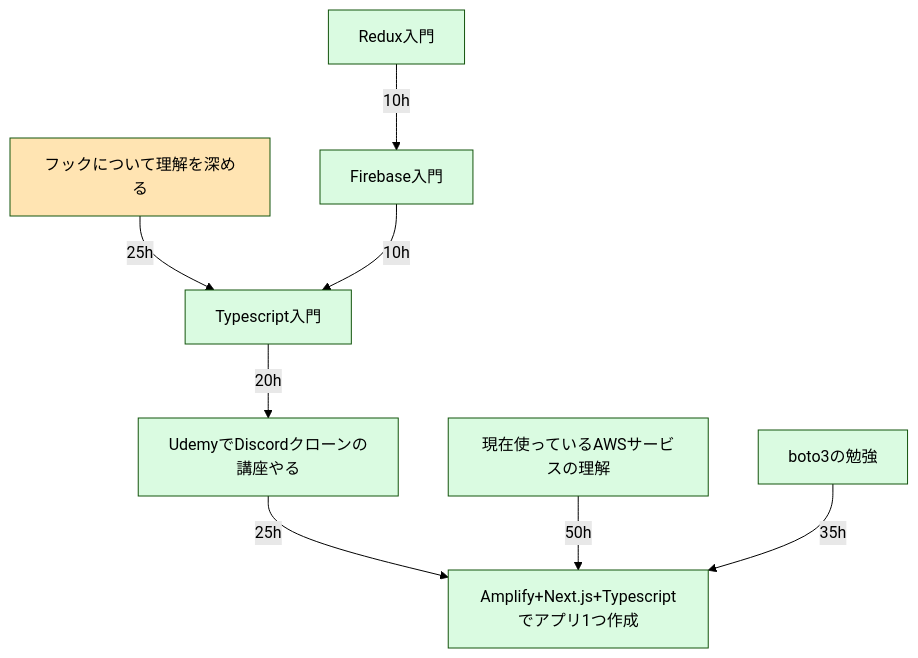
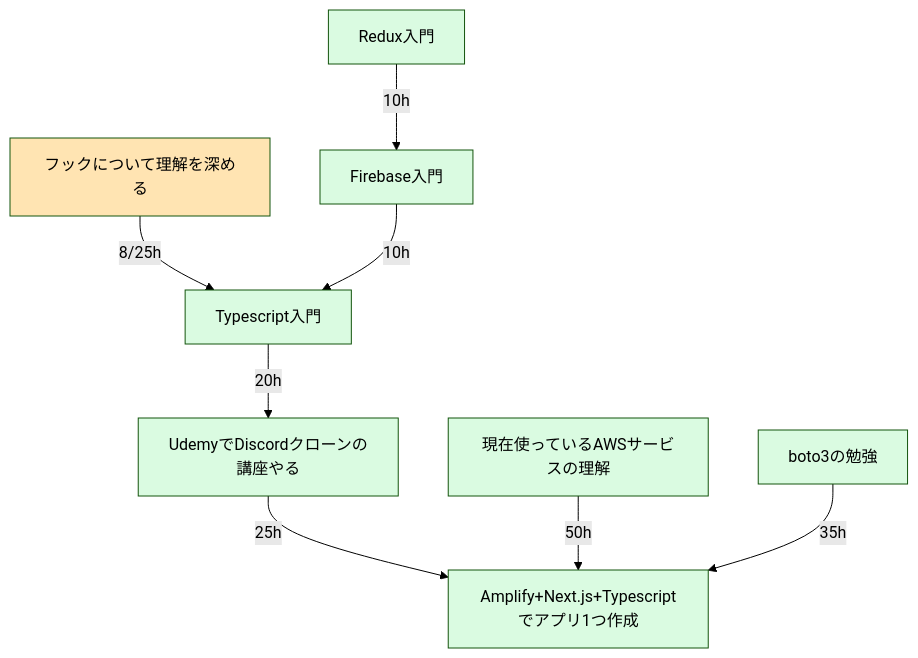
One commit to Toraneko0101/My_learning changed the third of 4 diagrams in tools/learning_path.md. Above: the diagram before and after it, drawn with Mermaid (forest theme). The commit also changed other lines of this file, not shown here.

````diff
--- a/tools/learning_path.md
+++ b/tools/learning_path.md
@@ -64,10 +64,10 @@
 ```mermaid
 
 graph TD
   classDef todo fill:#dafbe1
   classDef inProgress fill:orange,fill-opacity:0.3
-フックについて理解を深める:::inProgress --> |25h| Typescript入門:::todo
+フックについて理解を深める:::inProgress --> |8/25h| Typescript入門:::todo
 Redux入門:::todo --> |10h| Firebase入門:::todo --> |10h| Typescript入門:::todo --> |20h| UdemyでDiscordクローンの講座やる:::todo --> |25h| Amplify+Next.js+Typescriptでアプリ1つ作成:::todo
 現在使っているAWSサービスの理解:::todo --> |50h| Amplify+Next.js+Typescriptでアプリ1つ作成:::todo
 boto3の勉強:::todo　--> |35h| Amplify+Next.js+Typescriptでアプリ1つ作成:::todo
 ```
````
